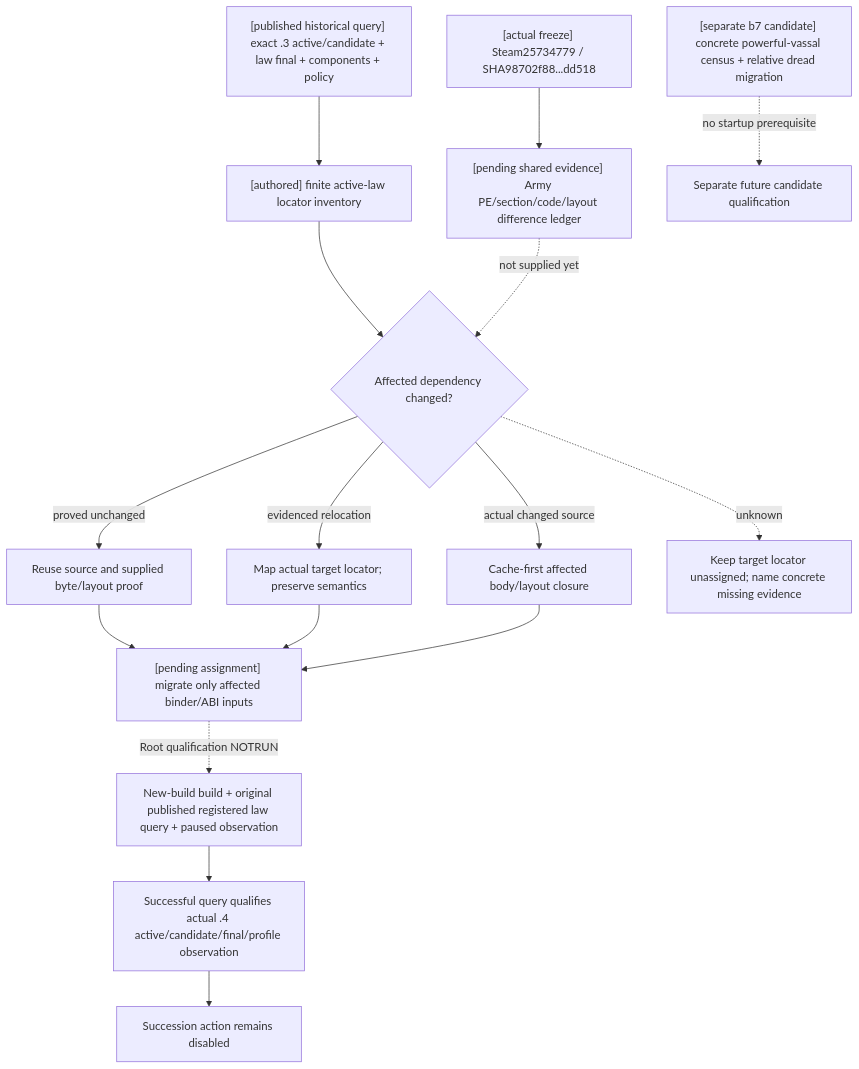
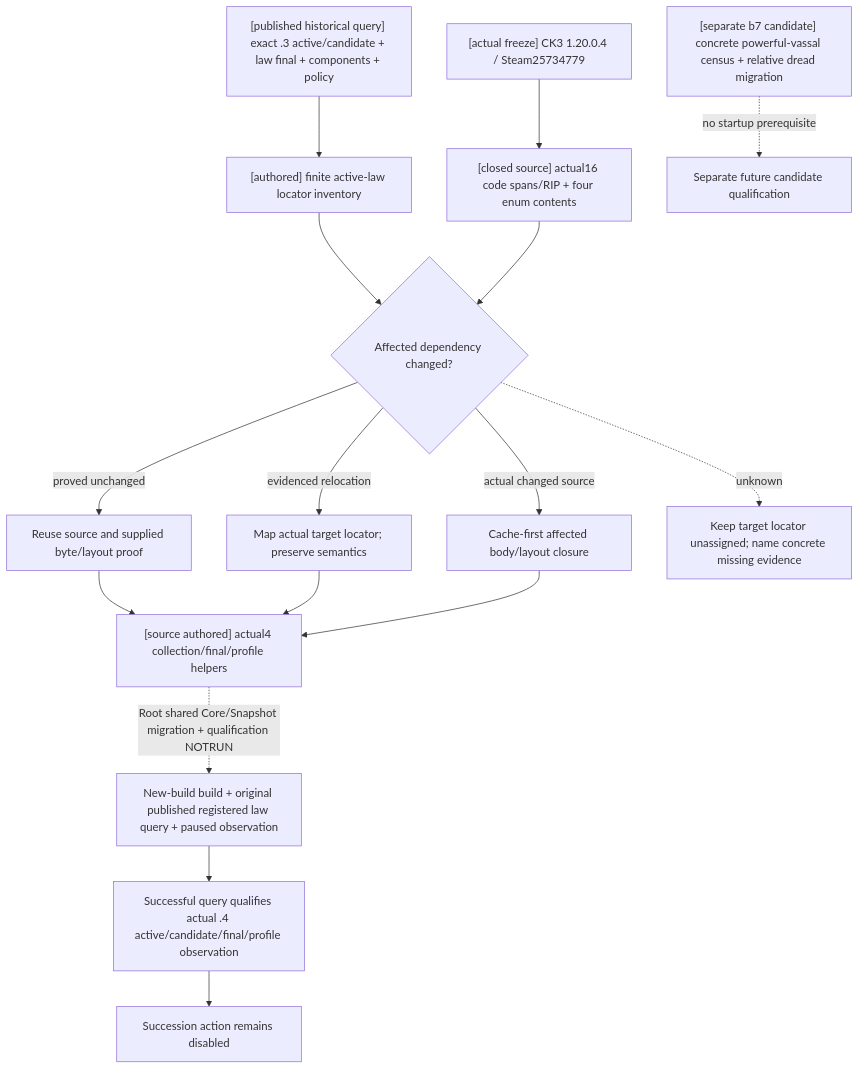
Before and after one commit to XenoAmess/ck3_eternal_recurrence: the diagram in docs/ck3-native-ai/realm-law-active-query-12004-migration.md, drawn with Mermaid. The commit also changed other lines of this file and 8 other files, not shown here.

Commit message:
Bind realm-law observation to CK3 1.20.0.4

````diff
--- a/docs/ck3-native-ai/realm-law-active-query-12004-migration.md
+++ b/docs/ck3-native-ai/realm-law-active-query-12004-migration.md
@@ -44,18 +70,18 @@
 ```mermaid
 flowchart TD
     O["[published historical query] exact .3 active/candidate + law final + components + policy"] --> I["[authored] finite active-law locator inventory"]
-    F["[actual freeze] Steam25734779 / SHA98702f88...dd518"] --> G["[pending shared evidence] Army PE/section/code/layout difference ledger"]
+    F["[actual freeze] CK3 1.20.0.4 / Steam25734779"] --> G["[closed source] actual16 code spans/RIP + four enum contents"]
     I --> J{"Affected dependency changed?"}
-    G -. "not supplied yet" .-> J
+    G --> J
     J -->|proved unchanged| R["Reuse source and supplied byte/layout proof"]
     J -->|evidenced relocation| M["Map actual target locator; preserve semantics"]
     J -->|actual changed source| C["Cache-first affected body/layout closure"]
     J -. "unknown" .-> U["Keep target locator unassigned; name concrete missing evidence"]
-    R --> B["[pending assignment] migrate only affected binder/ABI inputs"]
+    R --> B["[source authored] actual4 collection/final/profile helpers"]
     M --> B
     C --> B
-    B -. "Root qualification NOTRUN" .-> Q["New-build build + original published registered law query + paused observation"]
+    B -. "Root shared Core/Snapshot migration + qualification NOTRUN" .-> Q["New-build build + original published registered law query + paused observation"]
     Q --> V["Successful query qualifies actual .4 active/candidate/final/profile observation"]
     V --> A["Succession action remains disabled"]
     CENSUS["[separate b7 candidate] concrete powerful-vassal census + relative dread migration"] -. "no startup prerequisite" .-> SEP["Separate future candidate qualification"]
 ```
````
